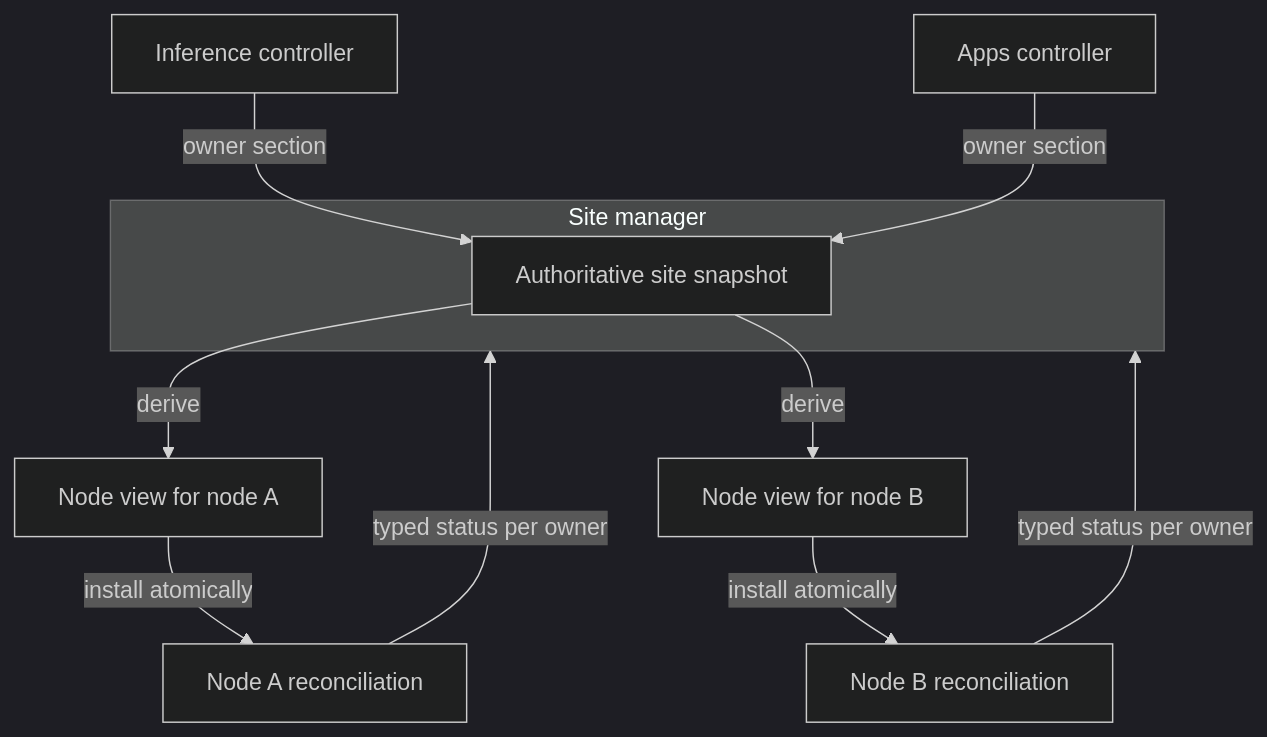
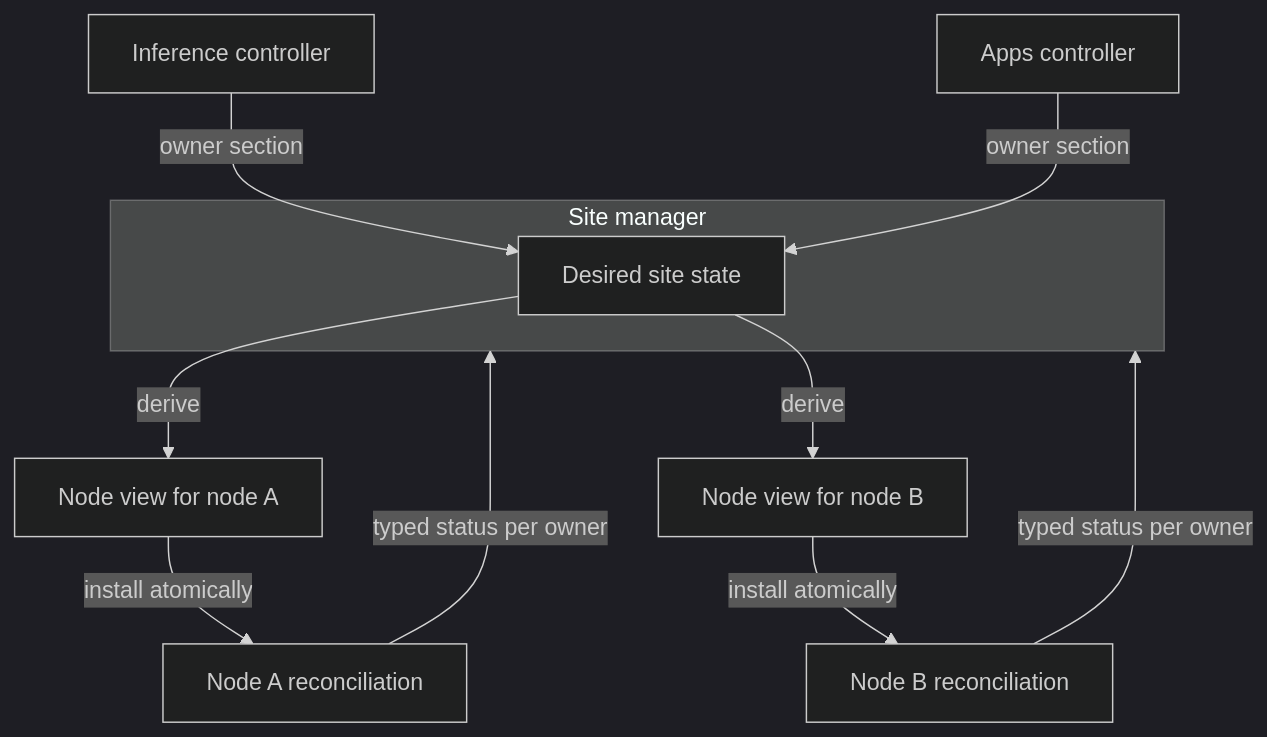
Before and after one commit to dotcoreai/dotcore: the second of 4 diagrams in docs/specs/sites.md, drawn with Mermaid (dark theme). The commit also changed other lines of this file and 3 other files, not shown here.

````diff
--- a/docs/specs/sites.md
+++ b/docs/specs/sites.md
@@ -54,14 +55,14 @@
 ```mermaid
 flowchart TB
   IC["Inference controller"] -->|"owner section"| SNAP
   AC["Apps controller"] -->|"owner section"| SNAP
   subgraph SM["Site manager"]
-    SNAP["Authoritative site snapshot"]
+    SNAP["Desired site state"]
   end
   SNAP -->|"derive"| VA["Node view for node A"]
   SNAP -->|"derive"| VB["Node view for node B"]
   VA -->|"install atomically"| RA["Node A reconciliation"]
   VB -->|"install atomically"| RB["Node B reconciliation"]
   RA -->|"typed status per owner"| SM
   RB -->|"typed status per owner"| SM
 ```
````
